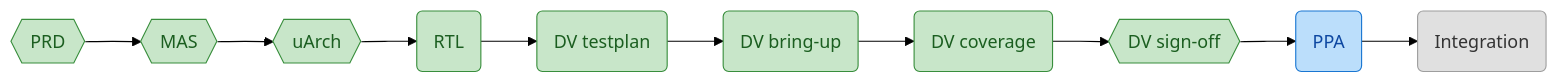
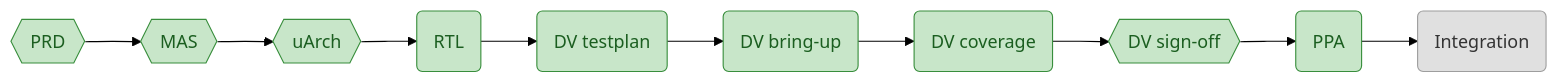
One commit to matanco64/HWSW_Project changed the first of 3 diagrams in hw/PROGRESS.md. Above: the diagram before and after it, drawn with Mermaid (forest theme). The commit also changed other lines of this file and 2 other files, not shown here.

First line of the commit message:
hw: grape ppa done — Fmax 11.15 MHz from post-CTS STA (50 MHz target missed, accumulate-picker path); OpenLane signoff not converged (GRT-0607 x3), §7 discussion satisfied

````diff
--- a/hw/PROGRESS.md
+++ b/hw/PROGRESS.md
@@ -10,22 +10,21 @@
 ```mermaid
 flowchart LR
     prd{{PRD}}
     mas{{MAS}}
     uarch{{uArch}}
     rtl(RTL)
     dv_testplan(DV testplan)
     dv_bringup(DV bring-up)
     dv_coverage(DV coverage)
     dv_signoff{{DV sign-off}}
     ppa(PPA)
     integration(Integration)
     prd --> mas --> uarch --> rtl --> dv_testplan --> dv_bringup --> dv_coverage --> dv_signoff --> ppa --> integration
     classDef todo fill:#e0e0e0,stroke:#9e9e9e,color:#333
     classDef in_progress fill:#bbdefb,stroke:#1976d2,color:#0d47a1
     classDef review fill:#ffe0b2,stroke:#f57c00,color:#e65100
     classDef done fill:#c8e6c9,stroke:#388e3c,color:#1b5e20
     classDef blocked fill:#ffcdd2,stroke:#d32f2f,color:#b71c1c
     class integration todo
-    class ppa in_progress
-    class prd,mas,uarch,rtl,dv_testplan,dv_bringup,dv_coverage,dv_signoff done
+    class prd,mas,uarch,rtl,dv_testplan,dv_bringup,dv_coverage,dv_signoff,ppa done
 ```
````
